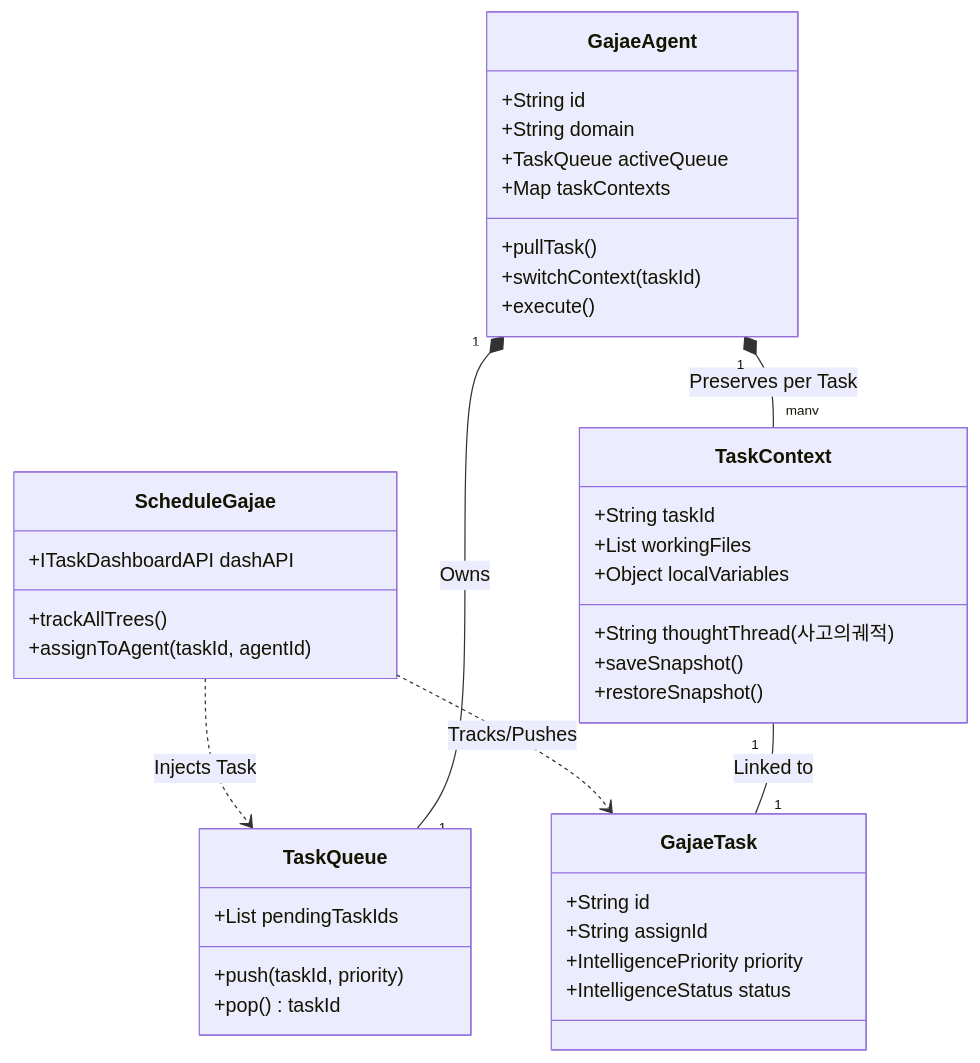
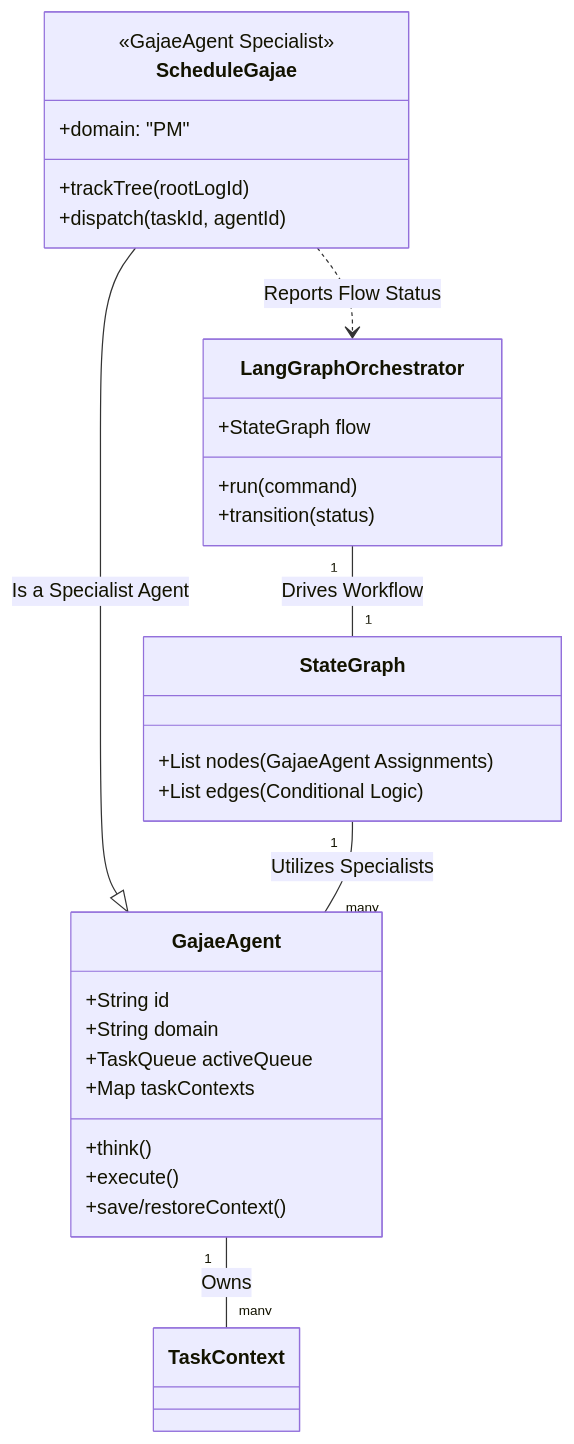
The first of 2 diagrams in docs/core/process/SYSTEM_DESIGN_V1_0.md (yuna-studio/yuna-openclaw), drawn with Mermaid before and after one commit. The commit also changed other lines of this file, not shown here.

Commit message:
docs: Sanctuary v3.1 - Normalized ScheduleGajae as a Specialist Agent (v4.1)

````diff
--- a/docs/core/process/SYSTEM_DESIGN_V1_0.md
+++ b/docs/core/process/SYSTEM_DESIGN_V1_0.md
@@ -11,47 +11,37 @@
 ```mermaid
 classDiagram
     class GajaeAgent {
         +String id
         +String domain
         +TaskQueue activeQueue
         +Map taskContexts
-        +pullTask()
-        +switchContext(taskId)
+        +think()
         +execute()
-    }
-
-    class TaskQueue {
-        +List pendingTaskIds
-        +push(taskId, priority)
-        +pop() taskId
-    }
-
-    class TaskContext {
-        +String taskId
-        +List workingFiles
-        +String thoughtThread (사고의궤적)
-        +Object localVariables
-        +saveSnapshot()
-        +restoreSnapshot()
+        +save/restoreContext()
     }
 
     class ScheduleGajae {
-        +ITaskDashboardAPI dashAPI
-        +trackAllTrees()
-        +assignToAgent(taskId, agentId)
+        <<GajaeAgent Specialist>>
+        +domain: "PM"
+        +trackTree(rootLogId)
+        +dispatch(taskId, agentId)
     }
 
-    class GajaeTask {
-        +String id
-        +String assignId
-        +IntelligencePriority priority
-        +IntelligenceStatus status
+    class LangGraphOrchestrator {
+        +StateGraph flow
+        +run(command)
+        +transition(status)
     }
 
-    %% Relationships for Context & Scheduling
-    ScheduleGajae ..> GajaeTask : Tracks/Pushes
-    ScheduleGajae ..> TaskQueue : Injects Task
-    GajaeAgent "1" *-- "1" TaskQueue : Owns
-    GajaeAgent "1" *-- "many" TaskContext : Preserves per Task
-    TaskContext "1" -- "1" GajaeTask : Linked to
+    class StateGraph {
+        +List nodes (GajaeAgent Assignments)
+        +List edges (Conditional Logic)
+    }
+
+    %% Inheritance & Orchestration
+    ScheduleGajae --|> GajaeAgent : Is a Specialist Agent
+    LangGraphOrchestrator "1" -- "1" StateGraph : Drives Workflow
+    StateGraph "1" -- "many" GajaeAgent : Utilizes Specialists
+    ScheduleGajae ..> LangGraphOrchestrator : Reports Flow Status
+    GajaeAgent "1" -- "many" TaskContext : Owns
 ```
````
